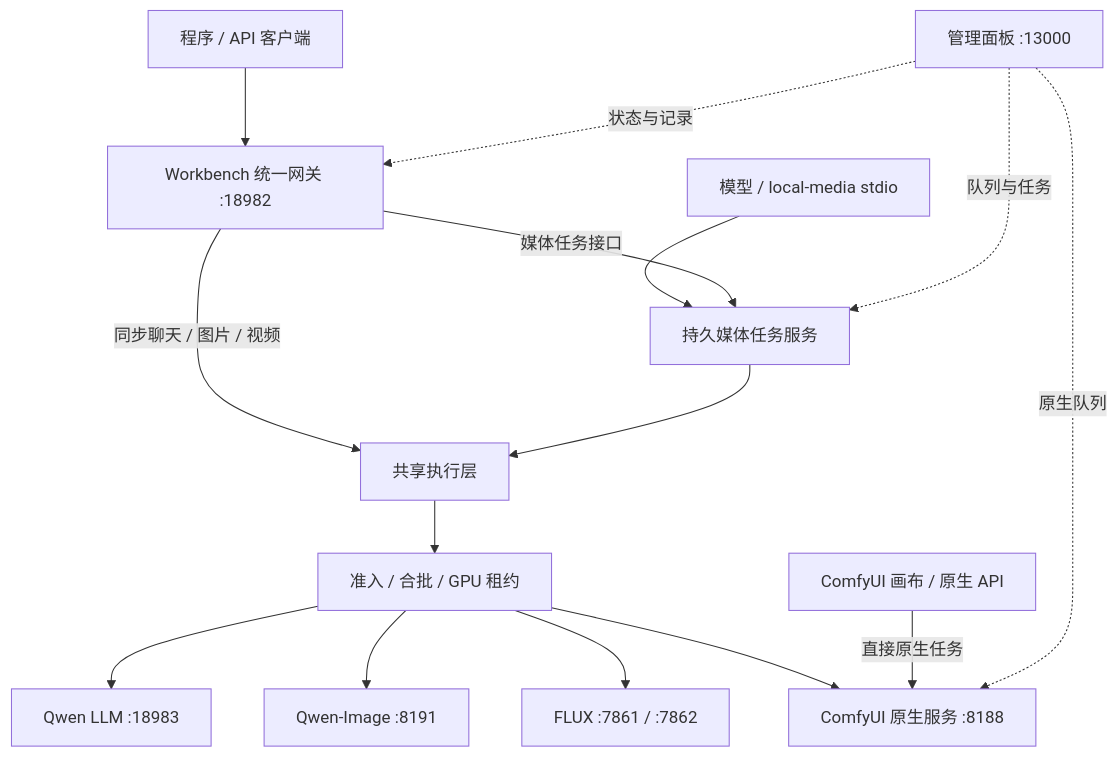
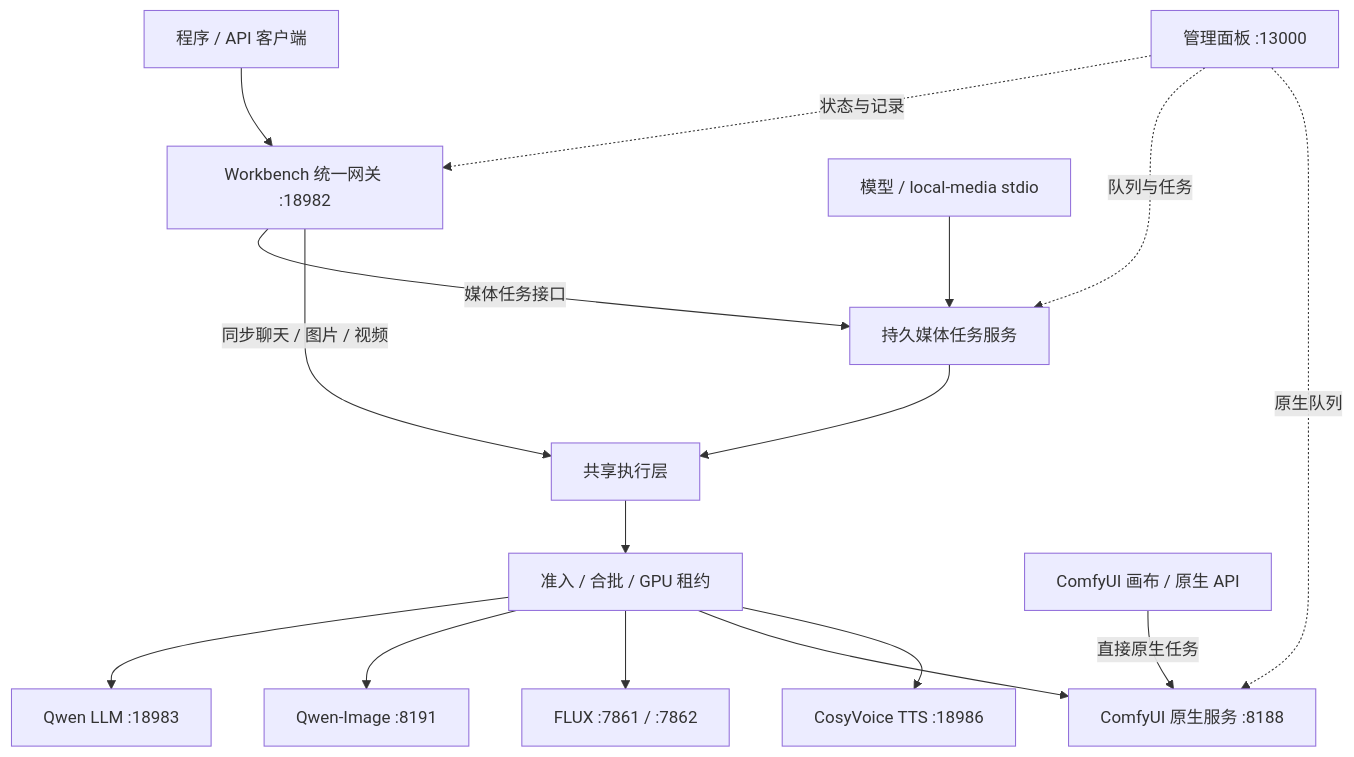
Before and after one commit to Aoike123/llm-backend: the diagram in docs/RUNTIME_TOPOLOGY.md, drawn with Mermaid. The commit also changed other lines of this file and 17 other files, not shown here.

````diff
--- a/docs/RUNTIME_TOPOLOGY.md
+++ b/docs/RUNTIME_TOPOLOGY.md
@@ -11,17 +11,18 @@
 ```mermaid
 flowchart TD
   API[程序 / API 客户端] --> G[Workbench 统一网关 :18982]
   MCP[模型 / local-media stdio] --> J[持久媒体任务服务]
   G -->|媒体任务接口| J
   G -->|同步聊天 / 图片 / 视频| E[共享执行层]
   J --> E
   E --> S[准入 / 合批 / GPU 租约]
   S --> L[Qwen LLM :18983]
   S --> Q[Qwen-Image :8191]
   S --> F[FLUX :7861 / :7862]
   S --> H[ComfyUI 原生服务 :8188]
+  S --> T[CosyVoice TTS :18986]
   UI[ComfyUI 画布 / 原生 API] -->|直接原生任务| H
   P[管理面板 :13000] -.状态与记录.-> G
   P -.队列与任务.-> J
   P -.原生队列.-> H
 ```
````
